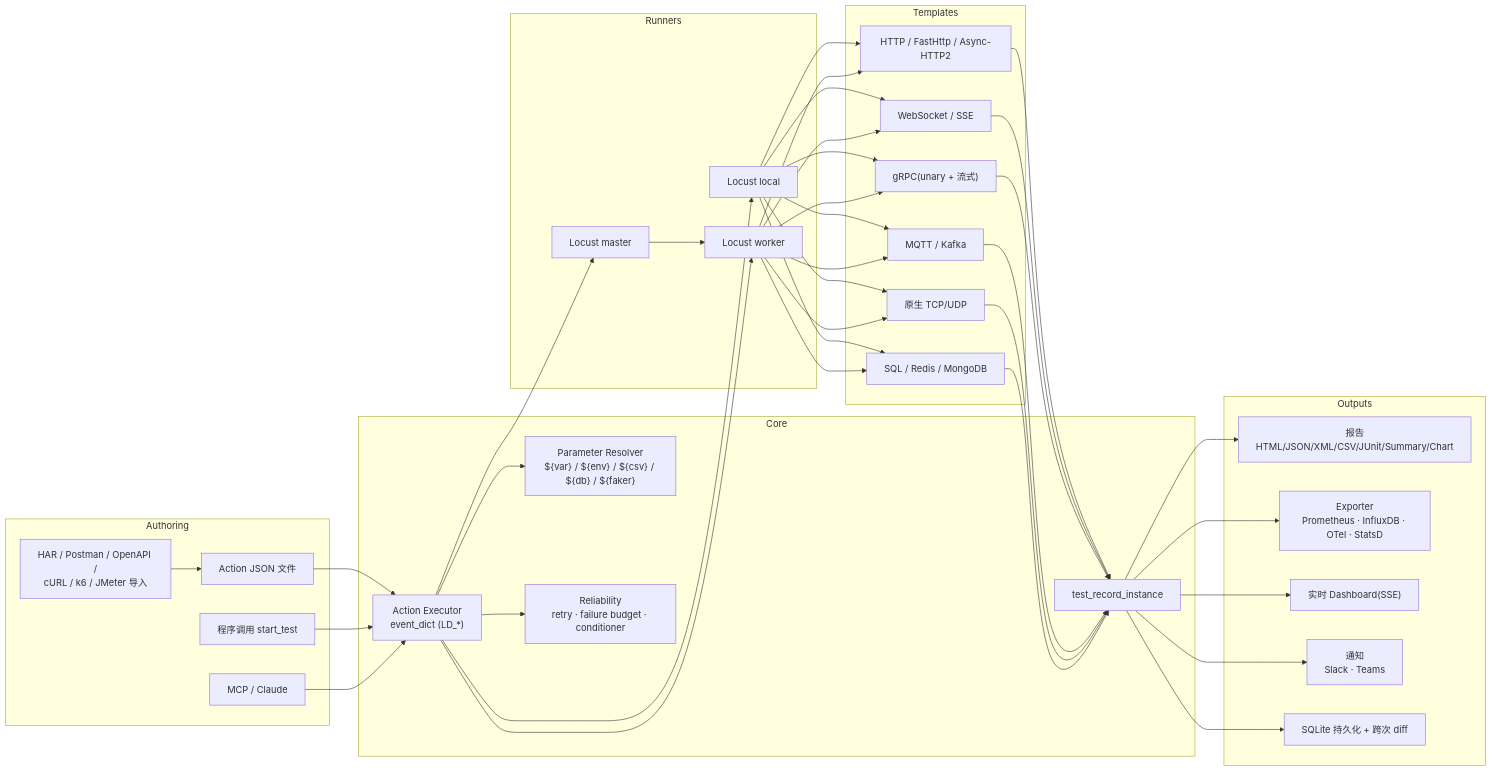
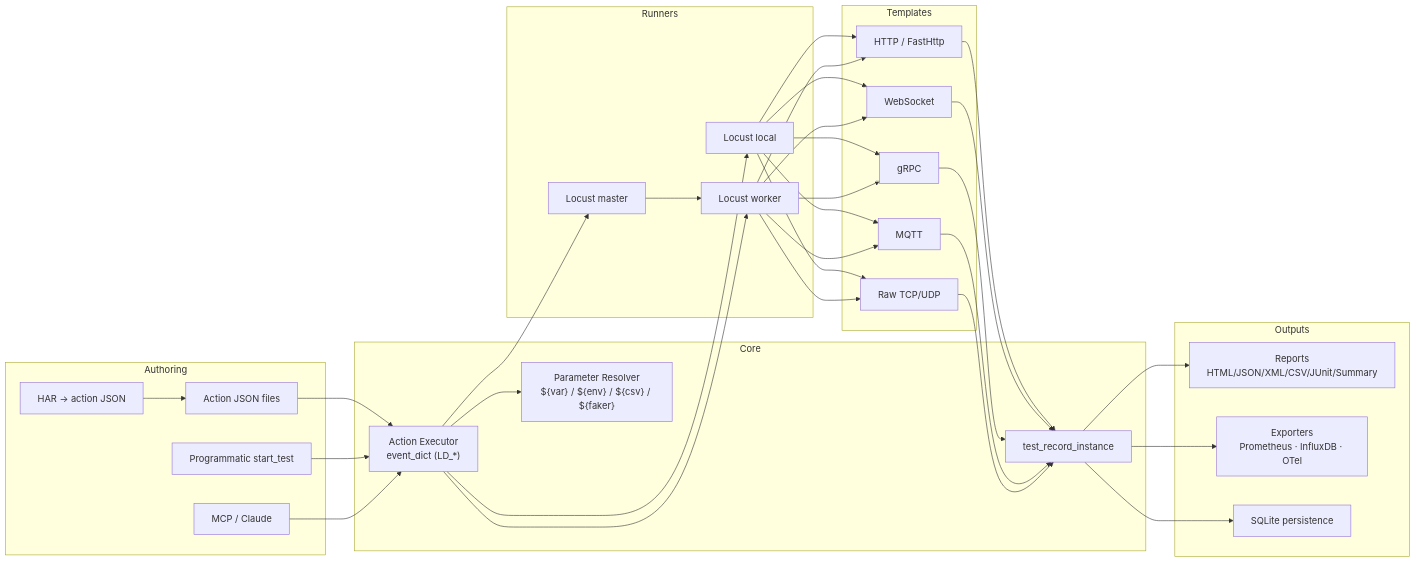
One commit to Integration-Automation/LoadDensity changed the first of 3 diagrams in README/README_zh-CN.md. Above: the diagram before and after it, drawn with Mermaid. The commit also changed other lines of this file and 1 other file, not shown here.

````diff
--- a/README/README_zh-CN.md
+++ b/README/README_zh-CN.md
@@ -143,54 +160,51 @@
 ```mermaid
 flowchart LR
   subgraph Authoring
-    A1["Action JSON 文件"]
-    A2["程序调用 start_test"]
-    A3["HAR / Postman / OpenAPI /<br/>cURL / k6 / JMeter 导入"]
+    A1["Action JSON files"]
+    A2["Programmatic start_test"]
+    A3["HAR → action JSON"]
     A4["MCP / Claude"]
   end
 
   subgraph Core
     EXE["Action Executor<br/>event_dict (LD_*)"]
-    RES["Parameter Resolver<br/>${var} / ${env} / ${csv} / ${db} / ${faker}"]
+    RES["Parameter Resolver<br/>${var} / ${env} / ${csv} / ${faker}"]
     REC["test_record_instance"]
-    REL["Reliability<br/>retry · failure budget · conditioner"]
   end
 
   subgraph Runners
     LOC["Locust local"]
     MAS["Locust master"]
     WRK["Locust worker"]
   end
 
   subgraph Templates
-    HTTP["HTTP / FastHttp / Async-HTTP2"]
-    WS["WebSocket / SSE"]
-    GRPC["gRPC(unary + 流式)"]
-    MQ["MQTT / Kafka"]
-    SOCK["原生 TCP/UDP"]
-    DATA["SQL / Redis / MongoDB"]
+    HTTP["HTTP / FastHttp"]
+    WS["WebSocket"]
+    GRPC["gRPC"]
+    MQTT["MQTT"]
+    SOCK["Raw TCP/UDP"]
   end
 
   subgraph Outputs
-    REP["报告<br/>HTML/JSON/XML/CSV/JUnit/Summary/Chart"]
-    EXP["Exporter<br/>Prometheus · InfluxDB · OTel · StatsD"]
-    DASH["实时 Dashboard(SSE)"]
-    NOT["通知<br/>Slack · Teams"]
-    SQL["SQLite 持久化 + 跨次 diff"]
+    REP["Reports<br/>HTML/JSON/XML/CSV/JUnit/Summary"]
+    EXP["Exporters<br/>Prometheus · InfluxDB · OTel"]
+    SQL["SQLite persistence"]
   end
 
   A1 --> EXE
   A2 --> EXE
   A3 --> A1
   A4 --> EXE
   EXE --> RES
-  EXE --> REL
   EXE --> LOC
   EXE --> MAS
   EXE --> WRK
-  LOC --> HTTP & WS & GRPC & MQ & SOCK & DATA
+  LOC --> HTTP & WS & GRPC & MQTT & SOCK
   MAS --> WRK
-  WRK --> HTTP & WS & GRPC & MQ & SOCK & DATA
-  HTTP & WS & GRPC & MQ & SOCK & DATA --> REC
-  REC --> REP & EXP & DASH & NOT & SQL
+  WRK --> HTTP & WS & GRPC & MQTT & SOCK
+  HTTP & WS & GRPC & MQTT & SOCK --> REC
+  REC --> REP
+  REC --> EXP
+  REC --> SQL
 ```
````
